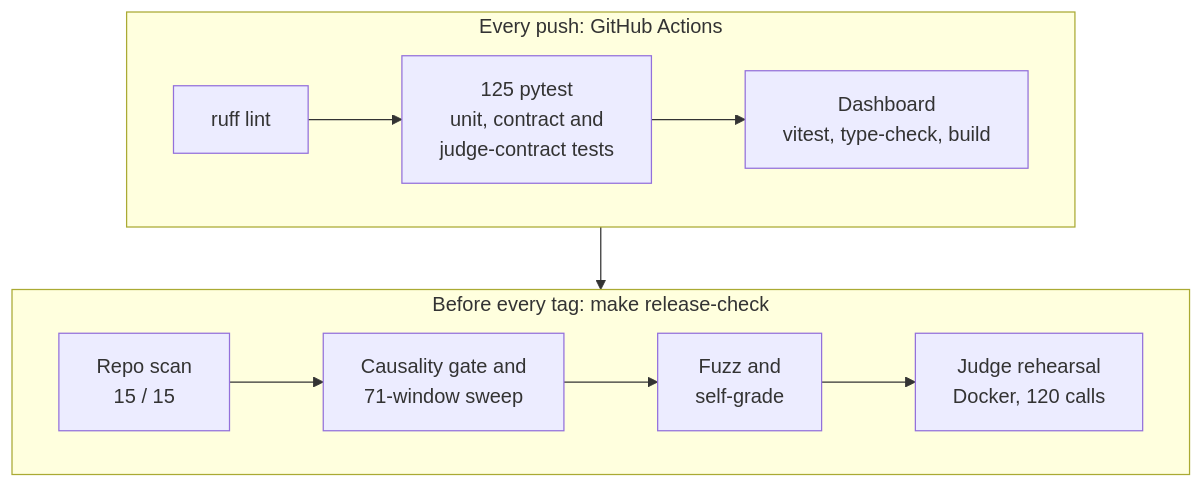
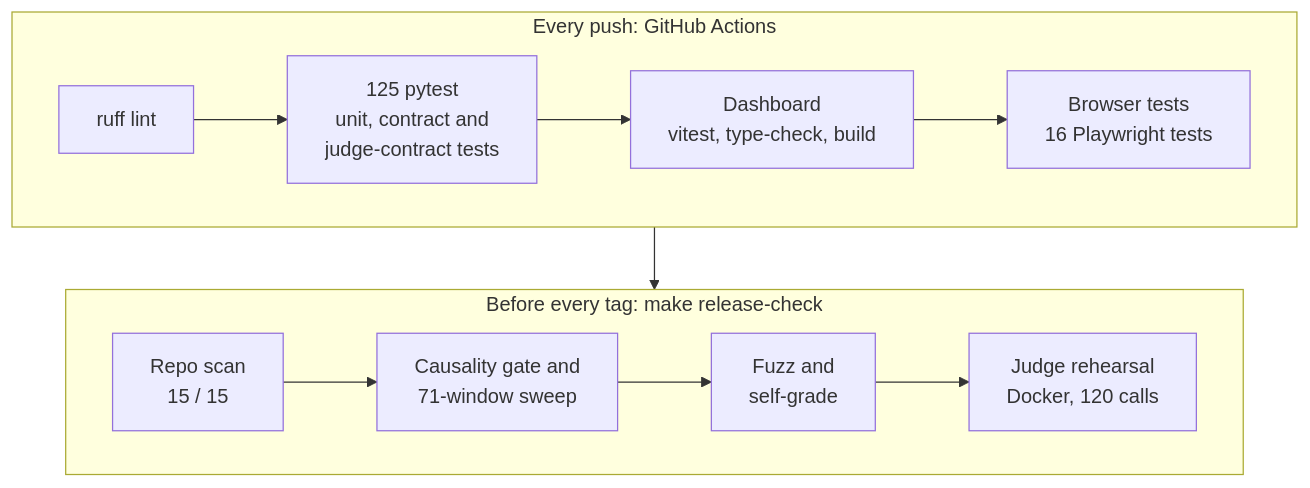
Before and after one commit to HARDIKSINGH150206/Wethrfork: the third of 3 diagrams in README.md, drawn with Mermaid. The commit also changed other lines of this file and 4 other files, not shown here.

Commit message:
docs: browser tests (D44) in the testing doc, README, status and commands

````diff
--- a/README.md
+++ b/README.md
@@ -391,12 +391,12 @@
 ```mermaid
 flowchart TB
     subgraph CI["Every push: GitHub Actions"]
         direction LR
-        R["ruff lint"] --> U["125 pytest<br/>unit, contract and<br/>judge-contract tests"] --> DB["Dashboard<br/>vitest, type-check, build"]
+        R["ruff lint"] --> U["125 pytest<br/>unit, contract and<br/>judge-contract tests"] --> DB["Dashboard<br/>vitest, type-check, build"] --> BR["Browser tests<br/>16 Playwright tests"]
     end
     subgraph REL["Before every tag: make release-check"]
         direction LR
         SC["Repo scan<br/>15 / 15"] --> G["Causality gate and<br/>71-window sweep"] --> F["Fuzz and<br/>self-grade"] --> RH["Judge rehearsal<br/>Docker, 120 calls"]
     end
     CI --> REL
 ```
````
